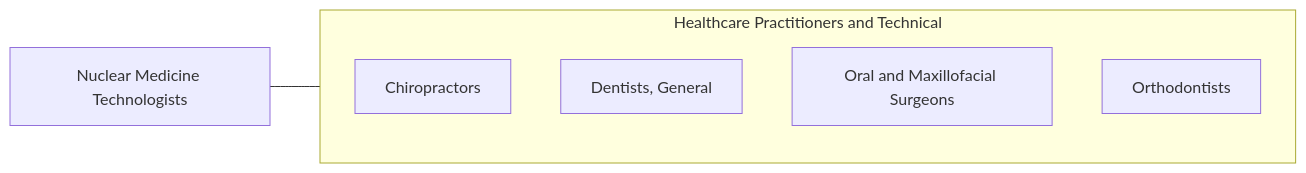
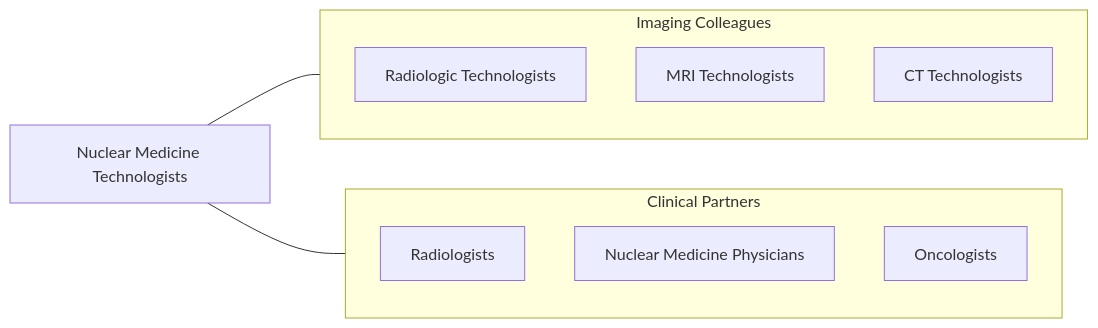
The fourth of 4 diagrams in occupations/HealthcarePractitioners/NuclearMedicineTechnologists.mdx (kziemski/business.org.ai), drawn with Mermaid before and after one commit. The commit also changed other lines of this file and 938 other files, not shown here.

````diff
--- a/occupations/HealthcarePractitioners/NuclearMedicineTechnologists.mdx
+++ b/occupations/HealthcarePractitioners/NuclearMedicineTechnologists.mdx
@@ -118,13 +185,19 @@
 ```mermaid
 graph LR
     Current["Nuclear Medicine Technologists"]
 
-    subgraph SameCategory["Healthcare Practitioners and Technical"]
-        Chiropractors["Chiropractors"]
-        DentistsGeneral["Dentists, General"]
-        OralAndMaxillofacial["Oral and Maxillofacial Surgeons"]
-        Orthodontists["Orthodontists"]
+    subgraph ImagingTeam["Imaging Colleagues"]
+        RadTechs["Radiologic Technologists"]
+        MRITechs["MRI Technologists"]
+        CTTechs["CT Technologists"]
     end
 
-    Current --- SameCategory
+    subgraph Clinical["Clinical Partners"]
+        Radiologists["Radiologists"]
+        NucMedPhysicians["Nuclear Medicine Physicians"]
+        Oncologists["Oncologists"]
+    end
+
+    Current --- ImagingTeam
+    Current --- Clinical
 ```
````
